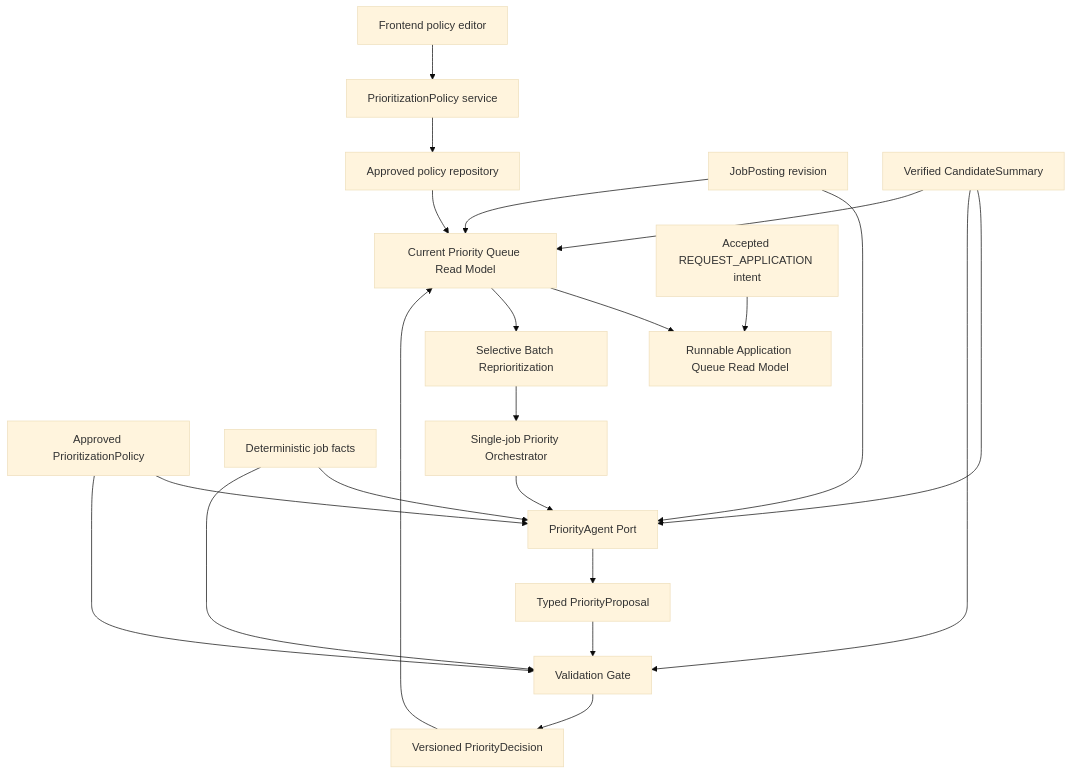
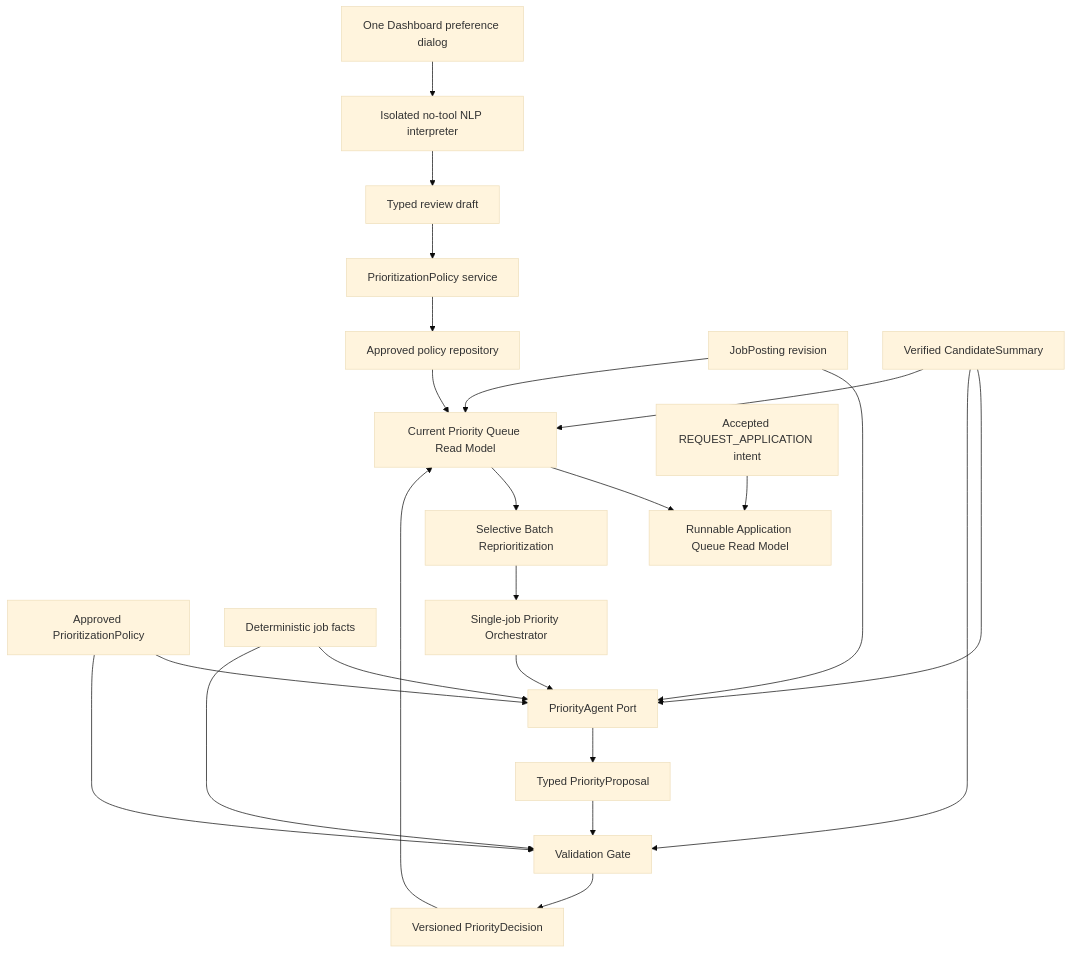
One commit to yuyao-wang/Jobops changed the third of 7 diagrams in development_doc/ARCHITECTURE.md. Above: the diagram before and after it, drawn with Mermaid (base theme). The commit also changed other lines of this file and 194 other files, not shown here.

````diff
--- a/development_doc/ARCHITECTURE.md
+++ b/development_doc/ARCHITECTURE.md
@@ -530,25 +860,27 @@
 ```mermaid
 flowchart TB
-    UI["Frontend policy editor"] --> PS["PrioritizationPolicy service"]
+    UI["One Dashboard preference dialog"] --> PI["Isolated no-tool NLP interpreter"]
+    PI --> PD["Typed review draft"]
+    PD --> PS["PrioritizationPolicy service"]
     PS --> PR["Approved policy repository"]
 
     J["JobPosting revision"] --> PA["PriorityAgent Port"]
     P["Approved PrioritizationPolicy"] --> PA
     C["Verified CandidateSummary"] --> PA
     F["Deterministic job facts"] --> PA
     PA --> PP["Typed PriorityProposal"]
     PP --> V["Validation Gate"]
     P --> V
     C --> V
     F --> V
     V --> D["Versioned PriorityDecision"]
     Q --> R["Runnable Application Queue Read Model"]
     I["Accepted REQUEST_APPLICATION intent"] --> R
     J --> Q["Current Priority Queue Read Model"]
     PR --> Q
     C --> Q
     D --> Q
     Q --> B["Selective Batch Reprioritization"]
     B --> O["Single-job Priority Orchestrator"]
     O --> PA
 ```
````
